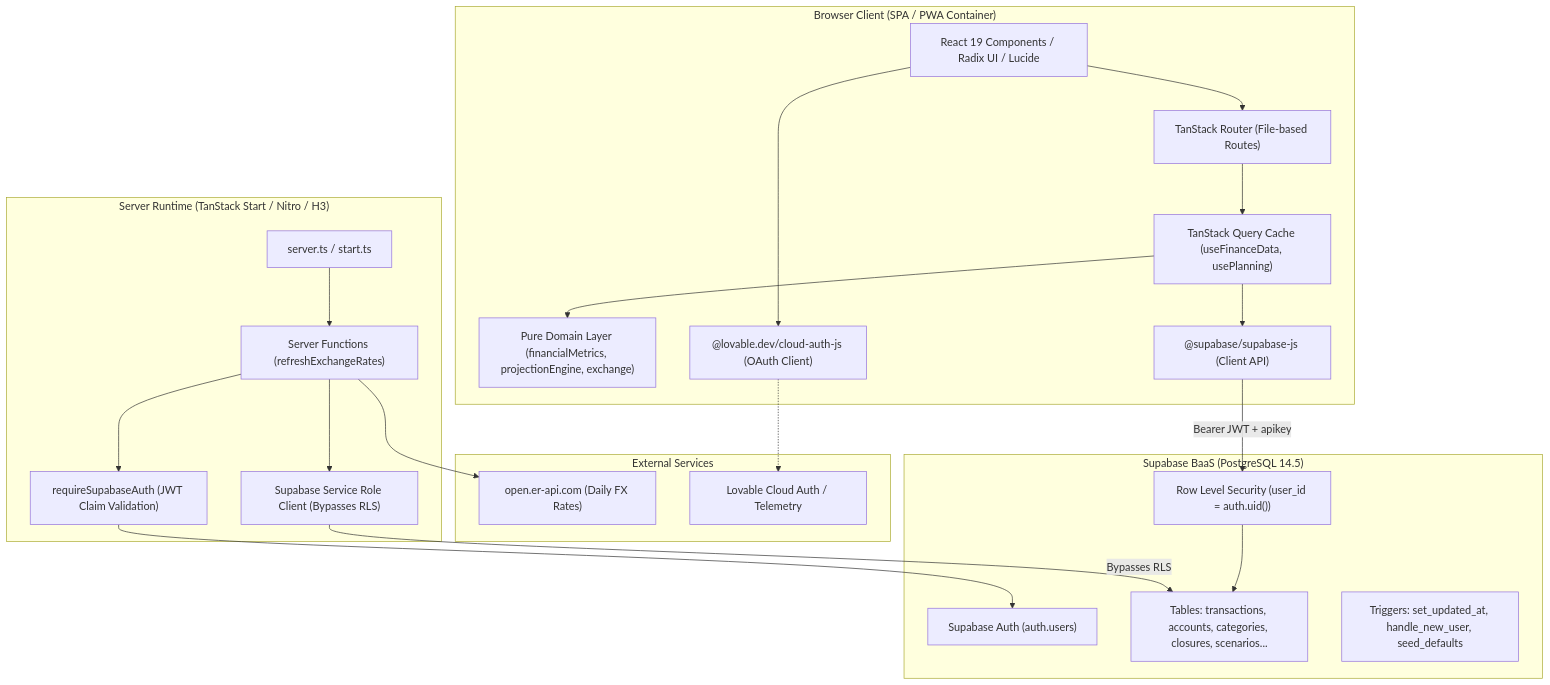
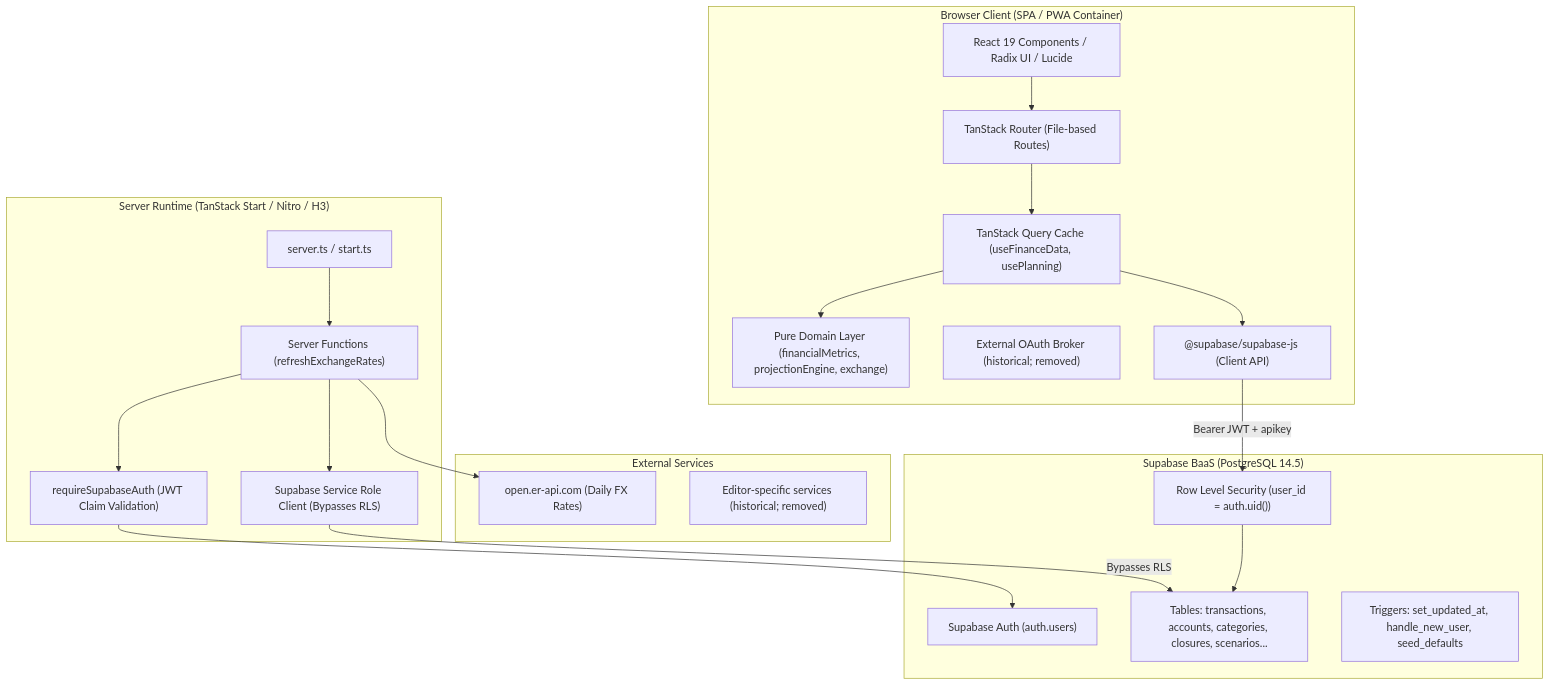
Before and after one commit to gabrielcampanile/belchior-pocket: the first of 2 diagrams in docs/audit/BASELINE-AUDIT.md, drawn with Mermaid. The commit also changed other lines of this file, not shown here.

Commit message:
docs: mark baseline audit historical

````diff
--- a/docs/audit/BASELINE-AUDIT.md
+++ b/docs/audit/BASELINE-AUDIT.md
@@ -38,47 +40,47 @@
 ```mermaid
 graph TD
     subgraph Client ["Browser Client (SPA / PWA Container)"]
         UI["React 19 Components / Radix UI / Lucide"]
         TSRouter["TanStack Router (File-based Routes)"]
         TSQuery["TanStack Query Cache (useFinanceData, usePlanning)"]
         DomainCore["Pure Domain Layer (financialMetrics, projectionEngine, exchange)"]
-        LovableAuth["@lovable.dev/cloud-auth-js (OAuth Client)"]
+        LegacyAuthBroker["External OAuth Broker (historical; removed)"]
         SupabaseClient["@supabase/supabase-js (Client API)"]
     end
 
     subgraph Server ["Server Runtime (TanStack Start / Nitro / H3)"]
         ServerEntry["server.ts / start.ts"]
         AuthMiddleware["requireSupabaseAuth (JWT Claim Validation)"]
         ServerFns["Server Functions (refreshExchangeRates)"]
         SupabaseAdmin["Supabase Service Role Client (Bypasses RLS)"]
     end
 
     subgraph External ["External Services"]
         ExchangeAPI["open.er-api.com (Daily FX Rates)"]
-        LovableCloud["Lovable Cloud Auth / Telemetry"]
+        LegacyEditorServices["Editor-specific services (historical; removed)"]
     end
 
     subgraph Backend ["Supabase BaaS (PostgreSQL 14.5)"]
         GoTrue["Supabase Auth (auth.users)"]
         RLS["Row Level Security (user_id = auth.uid())"]
         Tables["Tables: transactions, accounts, categories, closures, scenarios..."]
         Triggers["Triggers: set_updated_at, handle_new_user, seed_defaults"]
     end
 
     UI --> TSRouter
     TSRouter --> TSQuery
     TSQuery --> DomainCore
     TSQuery --> SupabaseClient
-    UI --> LovableAuth
-    LovableAuth -.-> LovableCloud
+    %% Historical external OAuth path removed in PR #49
+    %% Historical external OAuth-to-editor-service edge removed in PR #49
 
     SupabaseClient -->|Bearer JWT + apikey| RLS
     RLS --> Tables
 
     ServerEntry --> ServerFns
     ServerFns --> AuthMiddleware
     AuthMiddleware --> GoTrue
     ServerFns --> SupabaseAdmin
     SupabaseAdmin -->|Bypasses RLS| Tables
     ServerFns --> ExchangeAPI
 ```
````
